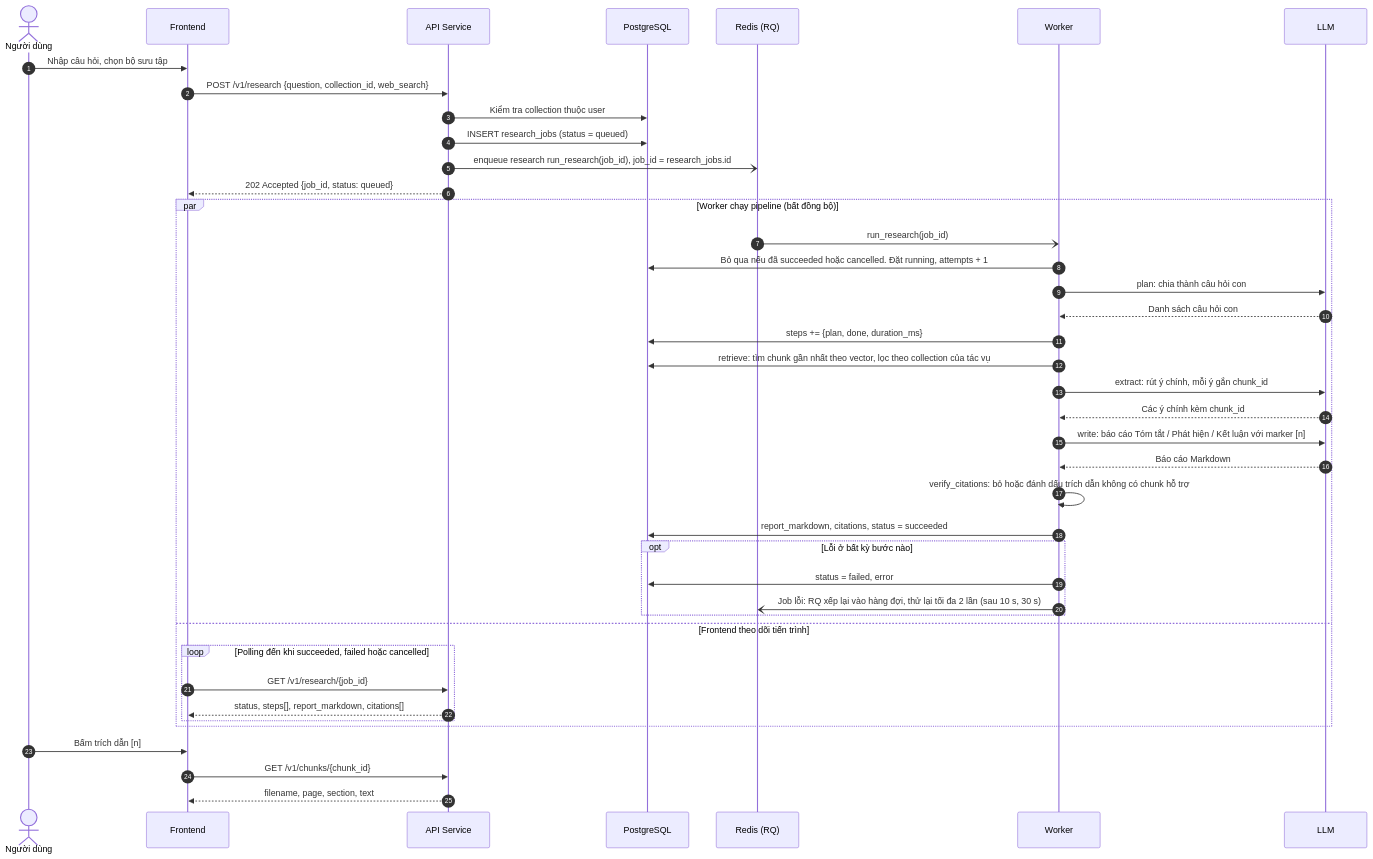
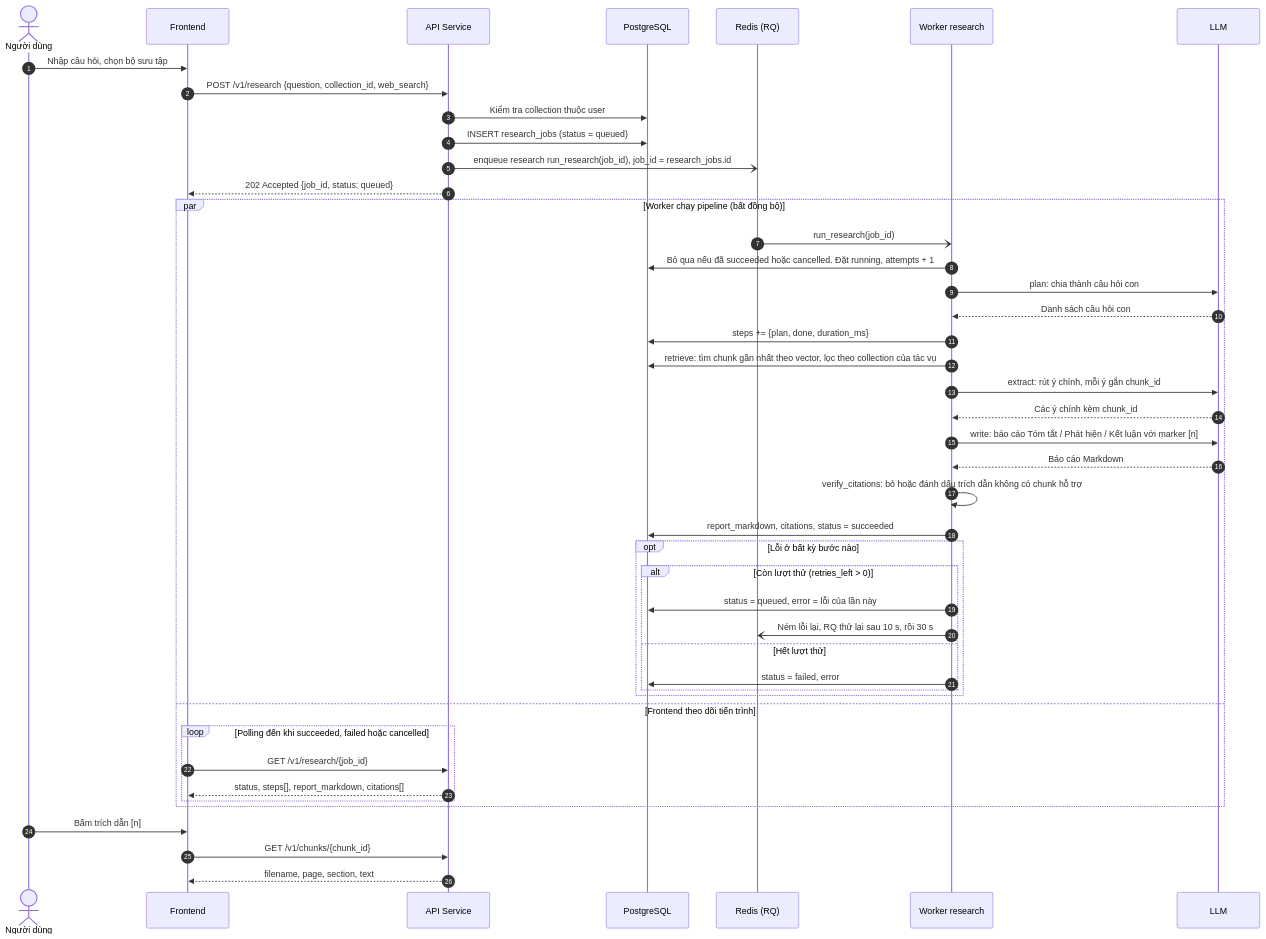
The third of 3 diagrams in enterprise-research-agent/docs/DESIGN.md (mliotlab/task_grp_intern261), drawn with Mermaid before and after one commit. The commit also changed other lines of this file and 1 other file, not shown here.

Commit message:
docs(era): ERA-7 update system architecture and database ERD

````diff
--- a/enterprise-research-agent/docs/DESIGN.md
+++ b/enterprise-research-agent/docs/DESIGN.md
@@ -126,44 +141,48 @@
 ```mermaid
 sequenceDiagram
     autonumber
     actor U as Người dùng
     participant FE as Frontend
     participant API as API Service
     participant DB as PostgreSQL
     participant Q as Redis (RQ)
-    participant W as Worker
+    participant W as Worker research
     participant LLM as LLM
 
     U->>FE: Nhập câu hỏi, chọn bộ sưu tập
     FE->>API: POST /v1/research {question, collection_id, web_search}
     API->>DB: Kiểm tra collection thuộc user
     API->>DB: INSERT research_jobs (status = queued)
     API-)Q: enqueue research run_research(job_id), job_id = research_jobs.id
     API-->>FE: 202 Accepted {job_id, status: queued}
     par Worker chạy pipeline (bất đồng bộ)
         Q-)W: run_research(job_id)
         W->>DB: Bỏ qua nếu đã succeeded hoặc cancelled. Đặt running, attempts + 1
         W->>LLM: plan: chia thành câu hỏi con
         LLM-->>W: Danh sách câu hỏi con
         W->>DB: steps += {plan, done, duration_ms}
         W->>DB: retrieve: tìm chunk gần nhất theo vector, lọc theo collection của tác vụ
         W->>LLM: extract: rút ý chính, mỗi ý gắn chunk_id
         LLM-->>W: Các ý chính kèm chunk_id
         W->>LLM: write: báo cáo Tóm tắt / Phát hiện / Kết luận với marker [n]
         LLM-->>W: Báo cáo Markdown
         W->>W: verify_citations: bỏ hoặc đánh dấu trích dẫn không có chunk hỗ trợ
         W->>DB: report_markdown, citations, status = succeeded
         opt Lỗi ở bất kỳ bước nào
-            W->>DB: status = failed, error
-            W-)Q: Job lỗi: RQ xếp lại vào hàng đợi, thử lại tối đa 2 lần (sau 10 s, 30 s)
+            alt Còn lượt thử (retries_left > 0)
+                W->>DB: status = queued, error = lỗi của lần này
+                W-)Q: Ném lỗi lại, RQ thử lại sau 10 s, rồi 30 s
+            else Hết lượt thử
+                W->>DB: status = failed, error
+            end
         end
     and Frontend theo dõi tiến trình
         loop Polling đến khi succeeded, failed hoặc cancelled
             FE->>API: GET /v1/research/{job_id}
             API-->>FE: status, steps[], report_markdown, citations[]
         end
     end
     U->>FE: Bấm trích dẫn [n]
     FE->>API: GET /v1/chunks/{chunk_id}
     API-->>FE: filename, page, section, text
 ```
````
